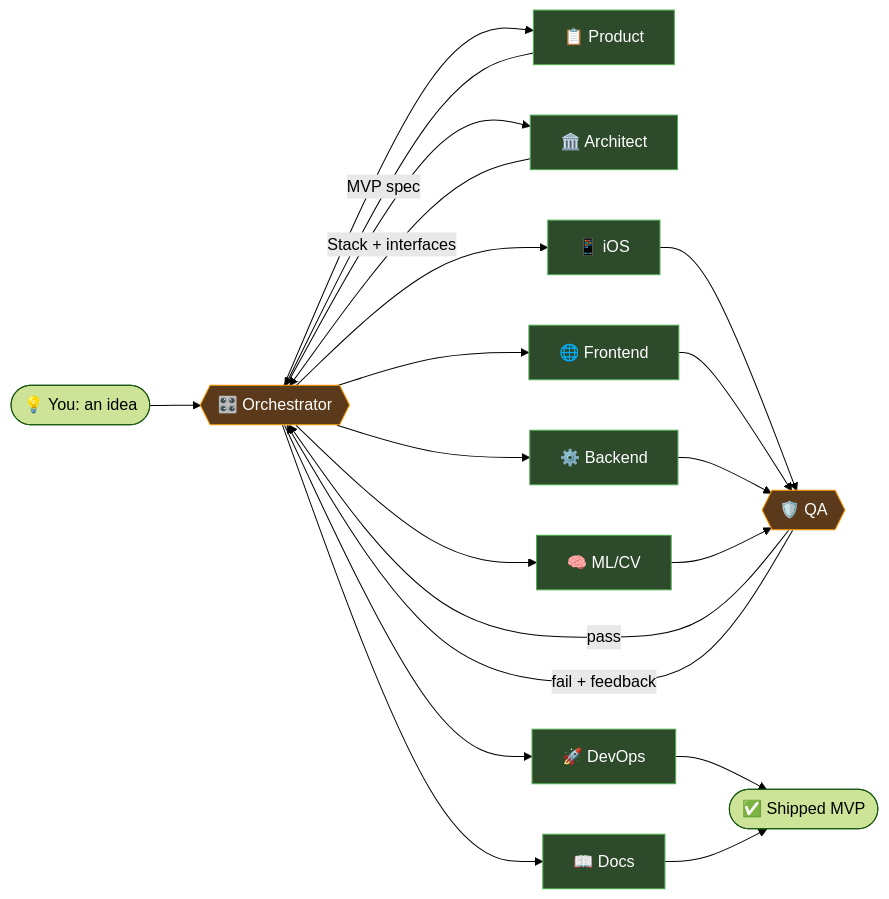
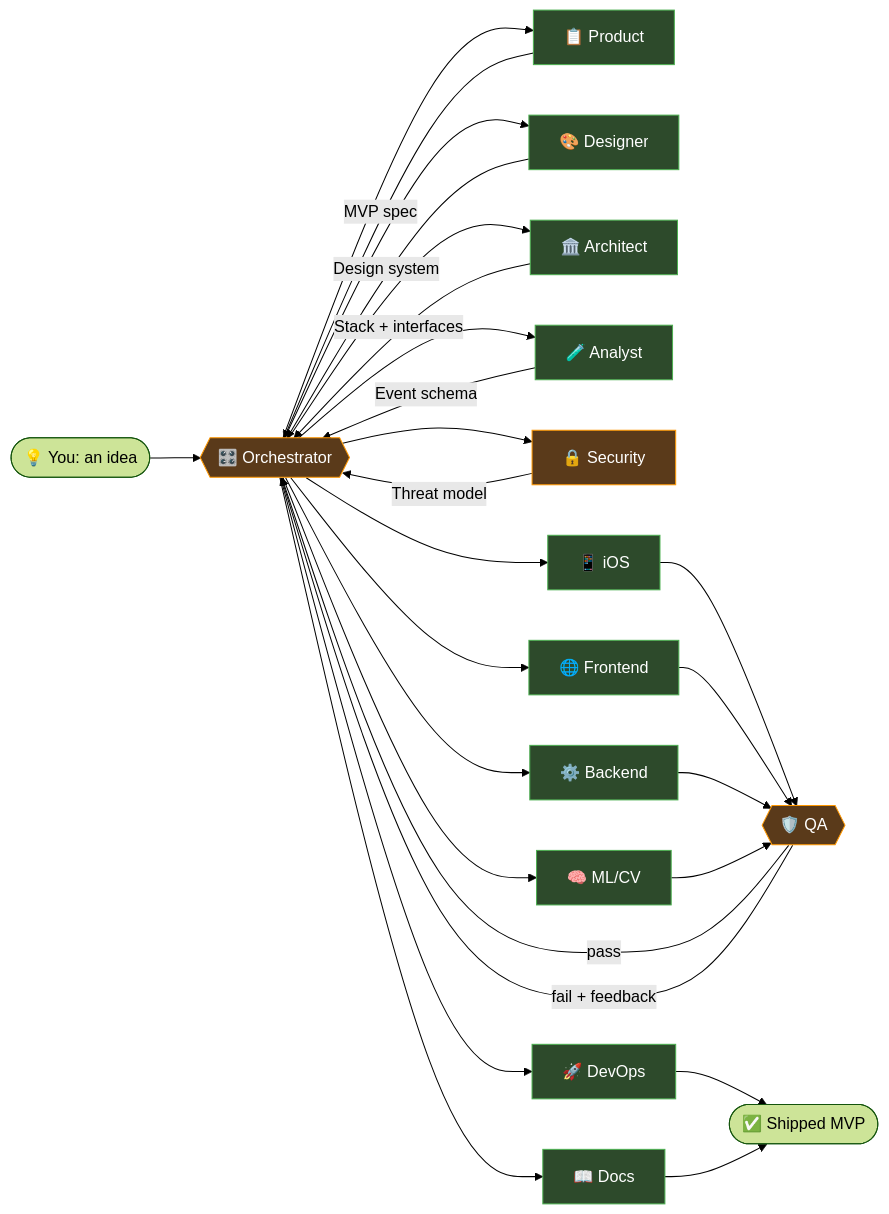
The first of 3 diagrams in README.md (lionshilov/Forge), drawn with Mermaid (forest theme) before and after one commit. The commit also changed other lines of this file and 8 other files, not shown here.

First line of the commit message:
Add Designer, Analyst, and Security specialist agents

````diff
--- a/README.md
+++ b/README.md
@@ -35,35 +35,44 @@
 ```mermaid
 flowchart LR
     You([💡 You: an idea])
     You --> O{{🎛️ Orchestrator}}
 
     O --> P[📋 Product]
     P -->|MVP spec| O
 
+    O --> DS[🎨 Designer]
+    DS -->|Design system| O
+
     O --> A[🏛️ Architect]
     A -->|Stack + interfaces| O
+
+    O --> AN[🧪 Analyst]
+    AN -->|Event schema| O
+
+    O --> SEC[🔒 Security]
+    SEC -->|Threat model| O
 
     O --> iOS[📱 iOS]
     O --> FE[🌐 Frontend]
     O --> BE[⚙️ Backend]
     O --> ML[🧠 ML/CV]
 
     iOS --> QA
     FE --> QA
     BE --> QA
     ML --> QA
 
     QA{{🛡️ QA}} -->|pass| O
     QA -->|fail + feedback| O
 
     O --> DO[🚀 DevOps]
     O --> D[📖 Docs]
     DO --> Done([✅ Shipped MVP])
     D --> Done
 
     classDef phase fill:#1a1a1a,stroke:#555,color:#fff
     classDef agent fill:#2d4a2b,stroke:#4caf50,color:#fff
     classDef review fill:#5a3a1a,stroke:#ff9800,color:#fff
-    class O,QA review
-    class P,A,iOS,FE,BE,ML,DO,D agent
+    class O,QA,SEC review
+    class P,DS,A,AN,iOS,FE,BE,ML,DO,D agent
 ```
````
